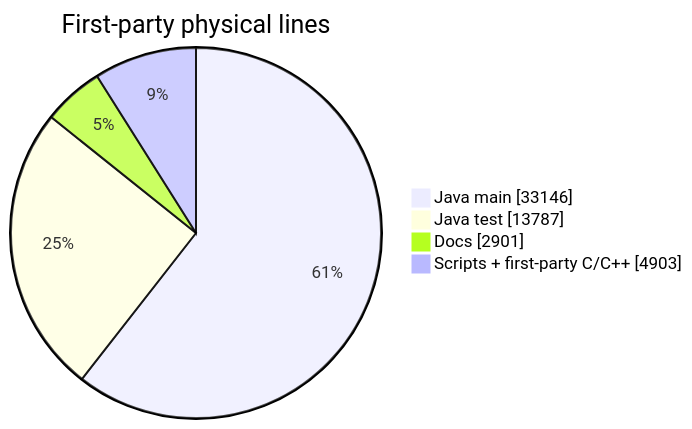
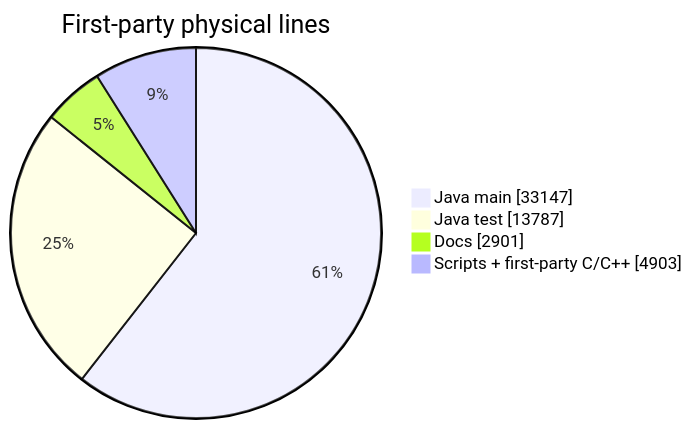
One commit to chris-piekarski/hot-iron changed the first of 2 diagrams in docs/stats.md. Above: the diagram before and after it, drawn with Mermaid. The commit also changed other lines of this file, not shown here.

````diff
--- a/docs/stats.md
+++ b/docs/stats.md
@@ -30,8 +30,8 @@
 ```mermaid
 pie showData
     title First-party physical lines
-    "Java main" : 33146
+    "Java main" : 33147
     "Java test" : 13787
     "Docs" : 2901
     "Scripts + first-party C/C++" : 4903
 ```
````
